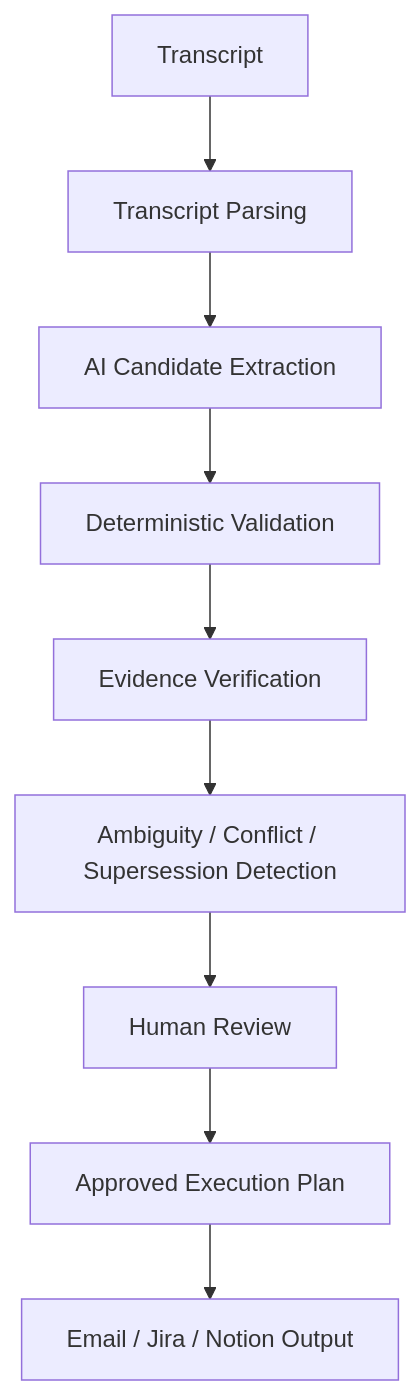
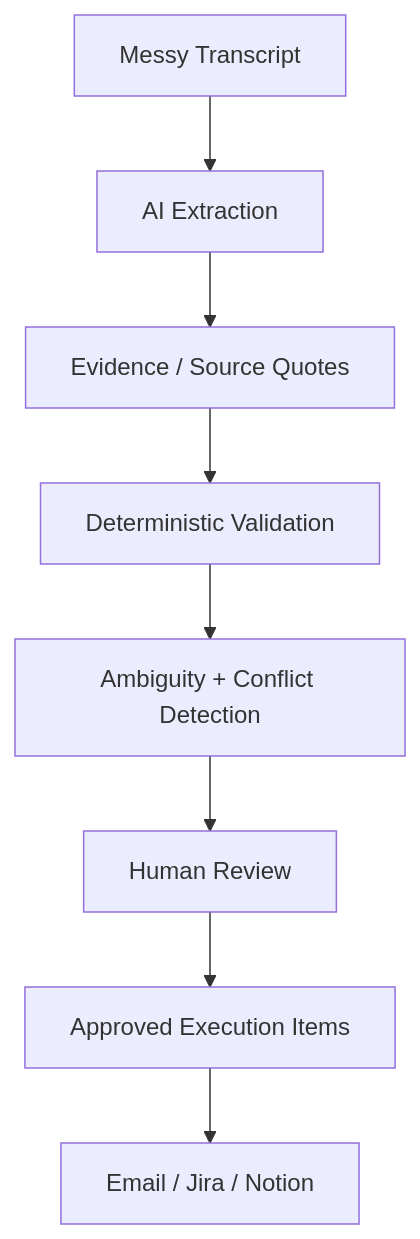
One commit to yash7536/noto-meeting-execution changed the diagram in README.md. Above: the diagram before and after it, drawn with Mermaid. The commit also changed other lines of this file and 5 other files, not shown here.

````diff
--- a/README.md
+++ b/README.md
@@ -57,11 +68,10 @@
 ```mermaid
 flowchart TD
-    A[Transcript] --> B[Transcript Parsing]
-    B --> C[AI Candidate Extraction]
+    A[Messy Transcript] --> B[AI Extraction]
+    B --> C[Evidence / Source Quotes]
     C --> D[Deterministic Validation]
-    D --> E[Evidence Verification]
-    E --> F[Ambiguity / Conflict / Supersession Detection]
-    F --> G[Human Review]
-    G --> H[Approved Execution Plan]
-    H --> I[Email / Jira / Notion Output]
+    D --> E[Ambiguity + Conflict Detection]
+    E --> F[Human Review]
+    F --> G[Approved Execution Items]
+    G --> H[Email / Jira / Notion]
 ```
````
